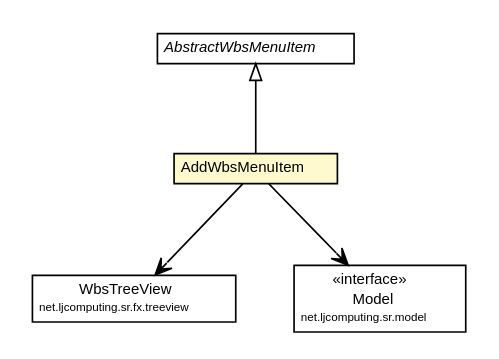
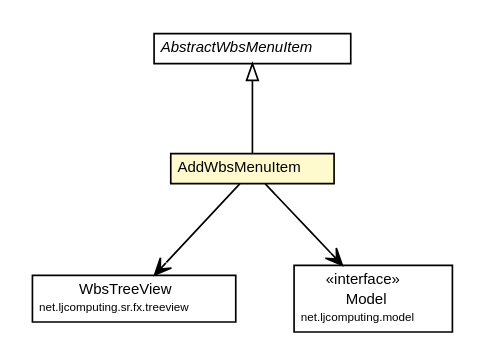
Before and after one commit to willmorejg/net.ljcomputing.sr2: the diagram in net.ljcomputing.status-reporter-2/docs/javadoc/apidocs/net/ljcomputing/sr/fx/menu/item/AddWbsMenuItem.dot, drawn with Graphviz. The commit also changed 336 other files, not shown here.

```diff
--- a/net.ljcomputing.status-reporter-2/docs/javadoc/apidocs/net/ljcomputing/sr/fx/menu/item/AddWbsMenuItem.dot
+++ b/net.ljcomputing.status-reporter-2/docs/javadoc/apidocs/net/ljcomputing/sr/fx/menu/item/AddWbsMenuItem.dot
@@ -1,45 +1,45 @@
 #!/usr/local/bin/dot
 #
 # Class diagram 
 # Generated by UMLGraph version R5_6 (http://www.umlgraph.org/)
 #
 
 digraph G {
 	edge [fontname="Helvetica",fontsize=10,labelfontname="Helvetica",labelfontsize=10];
 	node [fontname="Helvetica",fontsize=10,shape=plaintext];
 	nodesep=0.25;
 	ranksep=0.5;
 	// net.ljcomputing.sr.fx.menu.item.AddWbsMenuItem
-	c3483 [label=<<table title="net.ljcomputing.sr.fx.menu.item.AddWbsMenuItem" border="0" cellborder="1" cellspacing="0" cellpadding="2" port="p" bgcolor="lemonChiffon" href="./AddWbsMenuItem.html">
+	c766 [label=<<table title="net.ljcomputing.sr.fx.menu.item.AddWbsMenuItem" border="0" cellborder="1" cellspacing="0" cellpadding="2" port="p" bgcolor="lemonChiffon" href="./AddWbsMenuItem.html">
 		<tr><td><table border="0" cellspacing="0" cellpadding="1">
 <tr><td align="center" balign="center"> AddWbsMenuItem </td></tr>
 		</table></td></tr>
 		</table>>, URL="./AddWbsMenuItem.html", fontname="Helvetica", fontcolor="black", fontsize=9.0];
 	// net.ljcomputing.sr.fx.menu.item.AbstractWbsMenuItem
-	c3484 [label=<<table title="net.ljcomputing.sr.fx.menu.item.AbstractWbsMenuItem" border="0" cellborder="1" cellspacing="0" cellpadding="2" port="p" href="./AbstractWbsMenuItem.html">
+	c767 [label=<<table title="net.ljcomputing.sr.fx.menu.item.AbstractWbsMenuItem" border="0" cellborder="1" cellspacing="0" cellpadding="2" port="p" href="./AbstractWbsMenuItem.html">
 		<tr><td><table border="0" cellspacing="0" cellpadding="1">
 <tr><td align="center" balign="center"><font face="Helvetica-Oblique"> AbstractWbsMenuItem </font></td></tr>
 		</table></td></tr>
 		</table>>, URL="./AbstractWbsMenuItem.html", fontname="Helvetica", fontcolor="black", fontsize=9.0];
 	// net.ljcomputing.sr.fx.treeview.WbsTreeView
-	c3499 [label=<<table title="net.ljcomputing.sr.fx.treeview.WbsTreeView" border="0" cellborder="1" cellspacing="0" cellpadding="2" port="p" href="../../treeview/WbsTreeView.html">
+	c782 [label=<<table title="net.ljcomputing.sr.fx.treeview.WbsTreeView" border="0" cellborder="1" cellspacing="0" cellpadding="2" port="p" href="../../treeview/WbsTreeView.html">
 		<tr><td><table border="0" cellspacing="0" cellpadding="1">
 <tr><td align="center" balign="center"> WbsTreeView </td></tr>
 <tr><td align="center" balign="center"><font point-size="7.0"> net.ljcomputing.sr.fx.treeview </font></td></tr>
 		</table></td></tr>
 		</table>>, URL="../../treeview/WbsTreeView.html", fontname="Helvetica", fontcolor="black", fontsize=9.0];
-	// net.ljcomputing.sr.model.Model
-	c3512 [label=<<table title="net.ljcomputing.sr.model.Model" border="0" cellborder="1" cellspacing="0" cellpadding="2" port="p" href="../../../model/Model.html">
+	//net.ljcomputing.sr.fx.menu.item.AddWbsMenuItem extends net.ljcomputing.sr.fx.menu.item.AbstractWbsMenuItem
+	c767:p -> c766:p [dir=back,arrowtail=empty];
+	// net.ljcomputing.sr.fx.menu.item.AddWbsMenuItem NAVASSOC net.ljcomputing.model.Model
+	c766:p -> c792:p [taillabel="", label="", headlabel="", fontname="Helvetica", fontcolor="black", fontsize=10.0, color="black", arrowhead=open];
+	// net.ljcomputing.sr.fx.menu.item.AddWbsMenuItem NAVASSOC net.ljcomputing.sr.fx.treeview.WbsTreeView
+	c766:p -> c782:p [taillabel="", label="", headlabel="", fontname="Helvetica", fontcolor="black", fontsize=10.0, color="black", arrowhead=open];
+	// net.ljcomputing.model.Model
+	c792 [label=<<table title="net.ljcomputing.model.Model" border="0" cellborder="1" cellspacing="0" cellpadding="2" port="p">
 		<tr><td><table border="0" cellspacing="0" cellpadding="1">
 <tr><td align="center" balign="center"> &#171;interface&#187; </td></tr>
 <tr><td align="center" balign="center"> Model </td></tr>
-<tr><td align="center" balign="center"><font point-size="7.0"> net.ljcomputing.sr.model </font></td></tr>
+<tr><td align="center" balign="center"><font point-size="7.0"> net.ljcomputing.model </font></td></tr>
 		</table></td></tr>
-		</table>>, URL="../../../model/Model.html", fontname="Helvetica", fontcolor="black", fontsize=9.0];
-	//net.ljcomputing.sr.fx.menu.item.AddWbsMenuItem extends net.ljcomputing.sr.fx.menu.item.AbstractWbsMenuItem
-	c3484:p -> c3483:p [dir=back,arrowtail=empty];
-	// net.ljcomputing.sr.fx.menu.item.AddWbsMenuItem NAVASSOC net.ljcomputing.sr.model.Model
-	c3483:p -> c3512:p [taillabel="", label="", headlabel="", fontname="Helvetica", fontcolor="black", fontsize=10.0, color="black", arrowhead=open];
-	// net.ljcomputing.sr.fx.menu.item.AddWbsMenuItem NAVASSOC net.ljcomputing.sr.fx.treeview.WbsTreeView
-	c3483:p -> c3499:p [taillabel="", label="", headlabel="", fontname="Helvetica", fontcolor="black", fontsize=10.0, color="black", arrowhead=open];
+		</table>>, URL="null", fontname="Helvetica", fontcolor="black", fontsize=9.0];
 }
```
